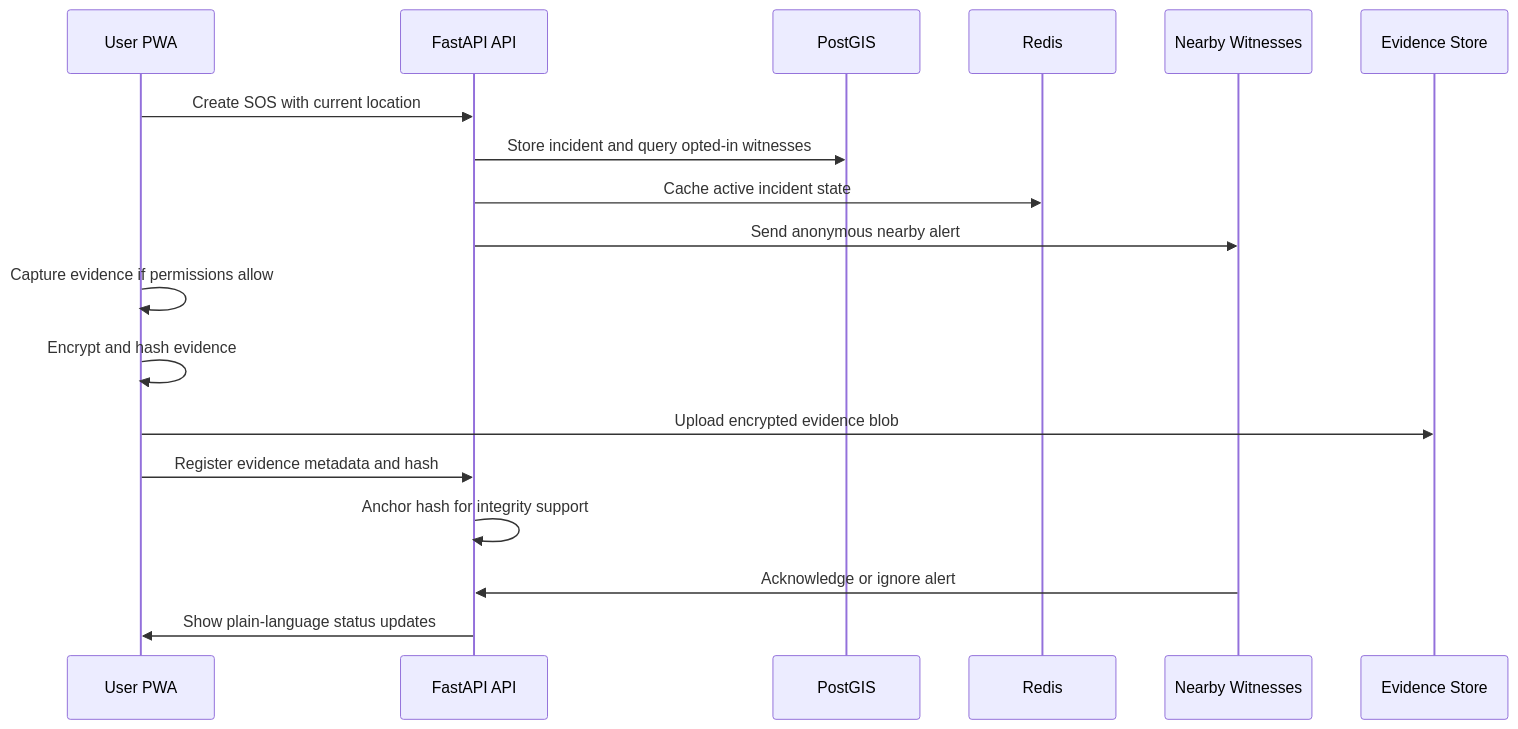
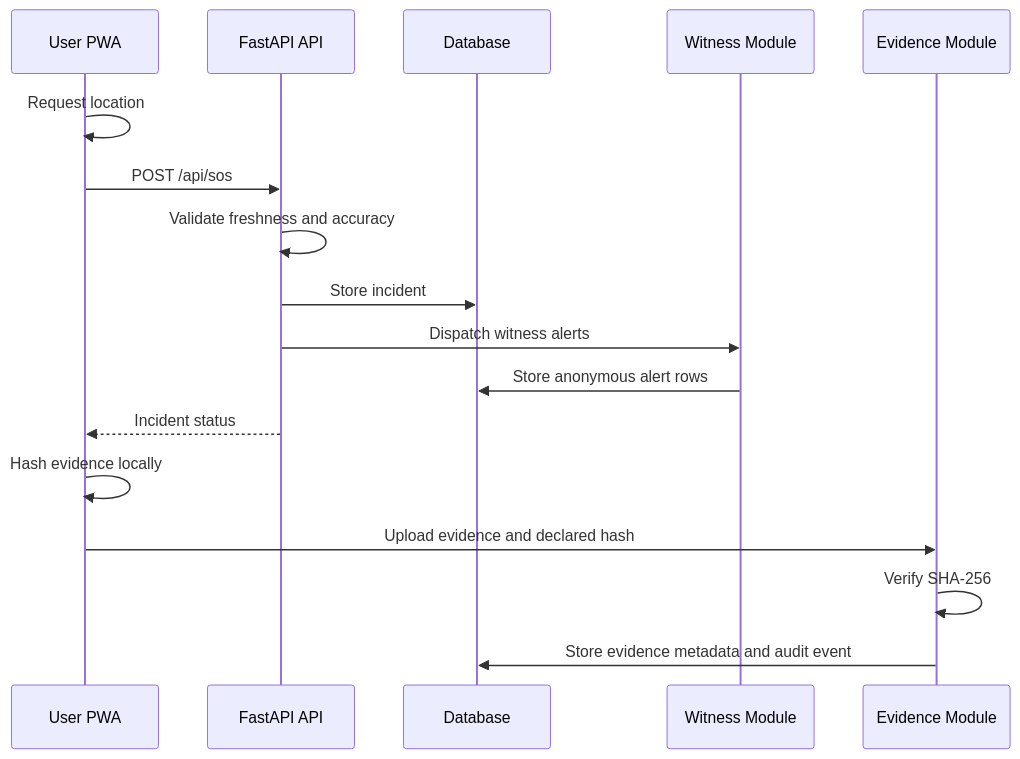
One commit to charanreddy-21/Abhaya changed the second of 3 diagrams in README.md. Above: the diagram before and after it, drawn with Mermaid. The commit also changed other lines of this file, not shown here.

Commit message:
docs: rewrite project readme with architecture and deployment guide

````diff
--- a/README.md
+++ b/README.md
@@ -149,21 +100,20 @@
 ```mermaid
 sequenceDiagram
     participant U as User PWA
     participant API as FastAPI API
-    participant DB as PostGIS
-    participant R as Redis
-    participant W as Nearby Witnesses
-    participant E as Evidence Store
+    participant DB as Database
+    participant W as Witness Module
+    participant E as Evidence Module
 
-    U->>API: Create SOS with current location
-    API->>DB: Store incident and query opted-in witnesses
-    API->>R: Cache active incident state
-    API->>W: Send anonymous nearby alert
-    U->>U: Capture evidence if permissions allow
-    U->>U: Encrypt and hash evidence
-    U->>E: Upload encrypted evidence blob
-    U->>API: Register evidence metadata and hash
-    API->>API: Anchor hash for integrity support
-    W->>API: Acknowledge or ignore alert
-    API->>U: Show plain-language status updates
+    U->>U: Request location
+    U->>API: POST /api/sos
+    API->>API: Validate freshness and accuracy
+    API->>DB: Store incident
+    API->>W: Dispatch witness alerts
+    W->>DB: Store anonymous alert rows
+    API-->>U: Incident status
+    U->>U: Hash evidence locally
+    U->>E: Upload evidence and declared hash
+    E->>E: Verify SHA-256
+    E->>DB: Store evidence metadata and audit event
 ```
````
